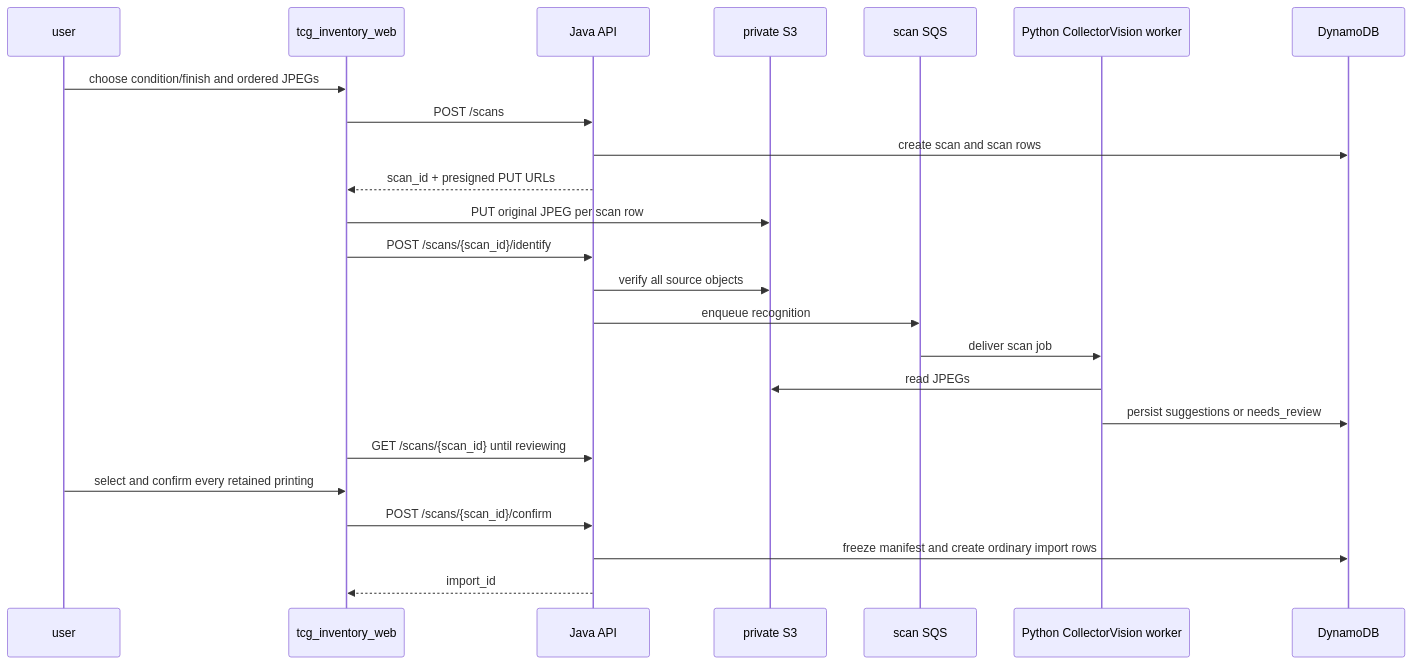
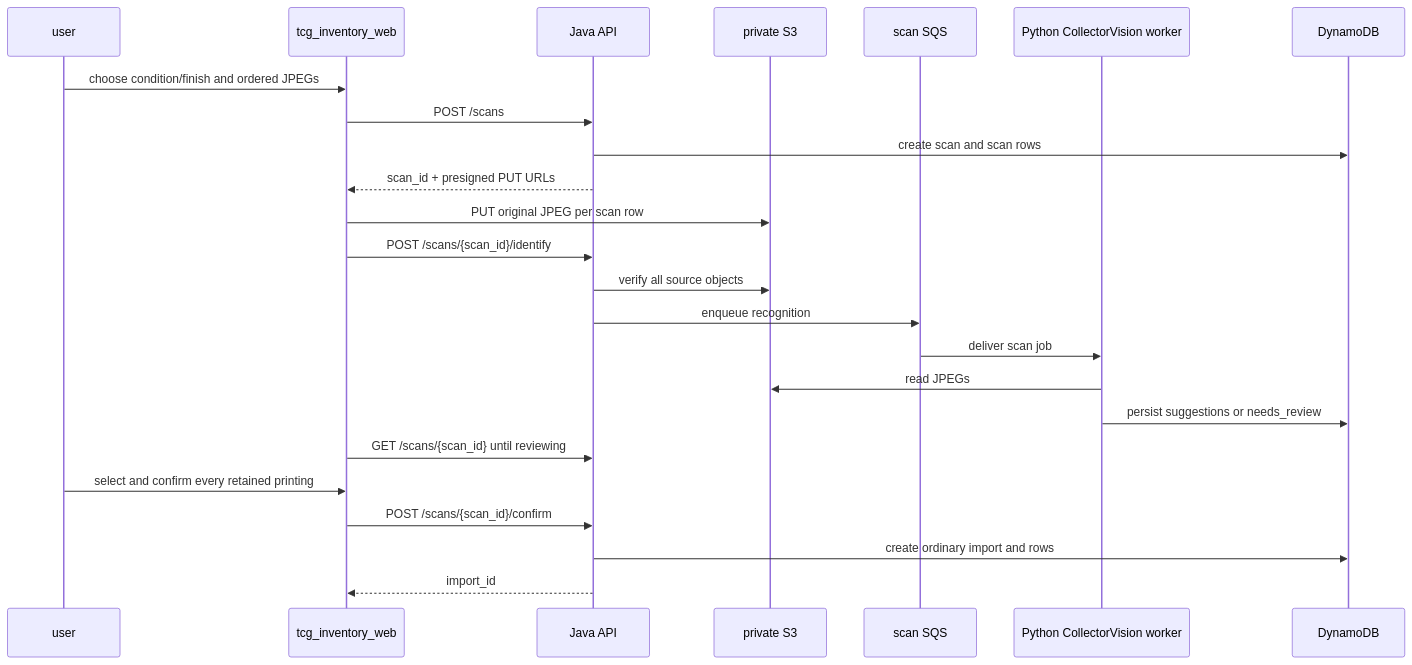
Before and after one commit to jordansimsmith/jordansimsmith-com: the third of 3 diagrams in tcg_inventory_api/README.md, drawn with Mermaid. The commit also changed other lines of this file and 11 other files, not shown here.

````diff
--- a/tcg_inventory_api/README.md
+++ b/tcg_inventory_api/README.md
@@ -118,27 +118,27 @@
 ```mermaid
 sequenceDiagram
   participant U as user
   participant W as tcg_inventory_web
   participant A as Java API
   participant S as private S3
   participant Q as scan SQS
   participant P as Python CollectorVision worker
   participant D as DynamoDB
 
   U->>W: choose condition/finish and ordered JPEGs
   W->>A: POST /scans
   A->>D: create scan and scan rows
   A-->>W: scan_id + presigned PUT URLs
   W->>S: PUT original JPEG per scan row
   W->>A: POST /scans/{scan_id}/identify
   A->>S: verify all source objects
   A->>Q: enqueue recognition
   Q->>P: deliver scan job
   P->>S: read JPEGs
   P->>D: persist suggestions or needs_review
   W->>A: GET /scans/{scan_id} until reviewing
   U->>W: select and confirm every retained printing
   W->>A: POST /scans/{scan_id}/confirm
-  A->>D: freeze manifest and create ordinary import rows
+  A->>D: create ordinary import and rows
   A-->>W: import_id
 ```
````
